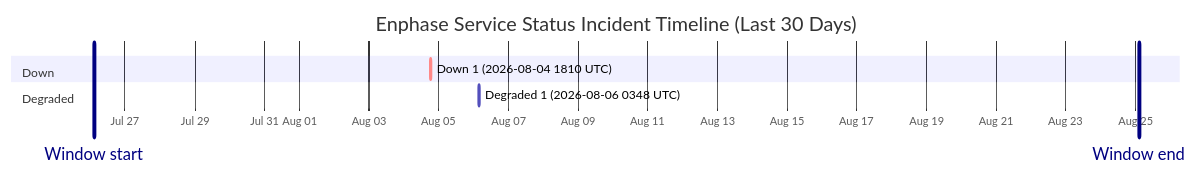
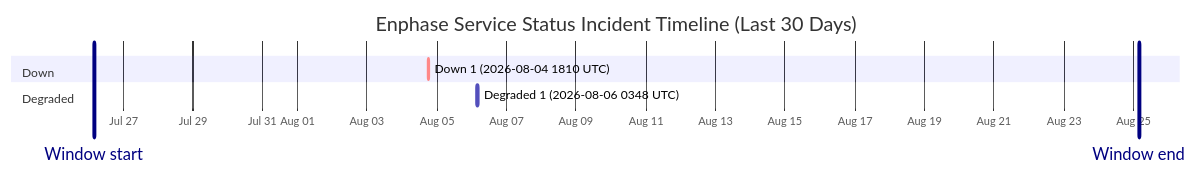
The diagram in wiki/Service-Status-History.md (barneyonline/ha-enphase-energy), drawn with Mermaid before and after one commit. The commit also changed other lines of this file and 3 other files, not shown here.

````diff
--- a/wiki/Service-Status-History.md
+++ b/wiki/Service-Status-History.md
@@ -14,12 +14,12 @@
 ```mermaid
 gantt
     title Enphase Service Status Incident Timeline (Last 30 Days)
     dateFormat  YYYY-MM-DDTHH:mm:ss
     axisFormat  %b %d
-    Window start :vert, window-start, 2026-07-26T02:37:33, 0ms
-    Window end :vert, window-end, 2026-08-25T02:37:33, 0ms
+    Window start :vert, window-start, 2026-07-26T03:46:24, 0ms
+    Window end :vert, window-end, 2026-08-25T03:46:24, 0ms
     section Down
     Down 1 (2026-08-04 1810 UTC) :crit, down-1, 2026-08-04T18:10:46, 60m
     section Degraded
     Degraded 1 (2026-08-06 0348 UTC) :active, degraded-1, 2026-08-06T03:48:14, 60m
 ```
````
